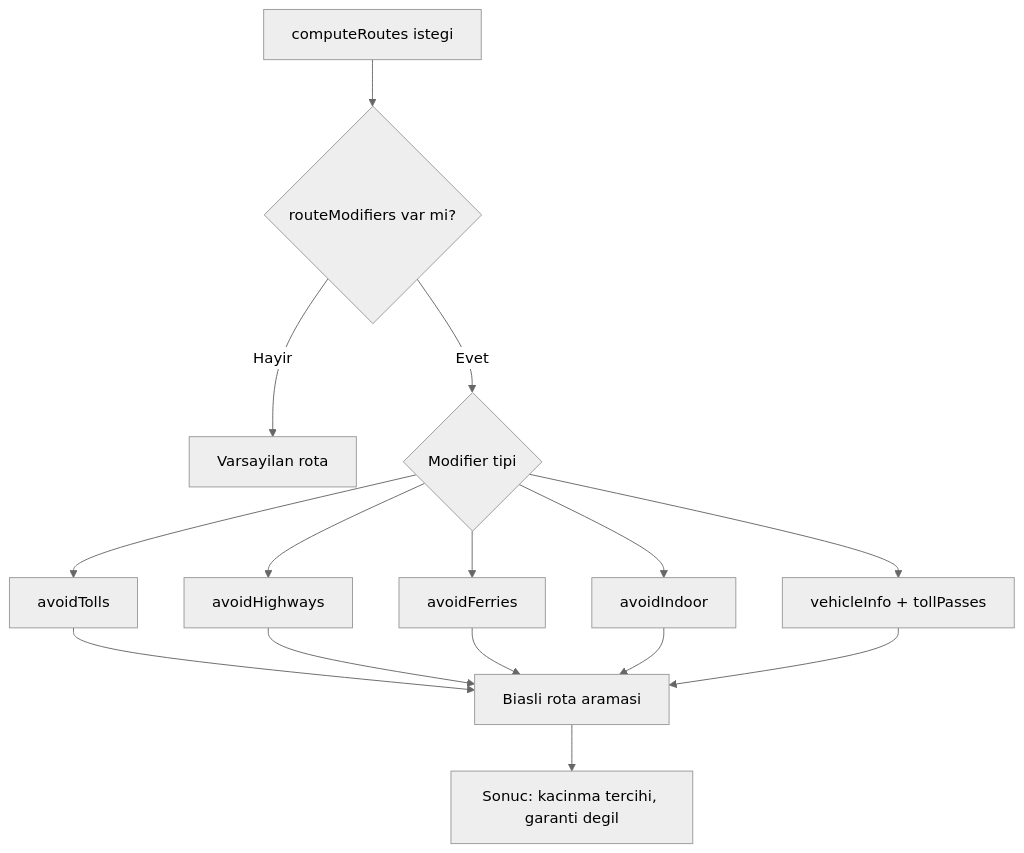
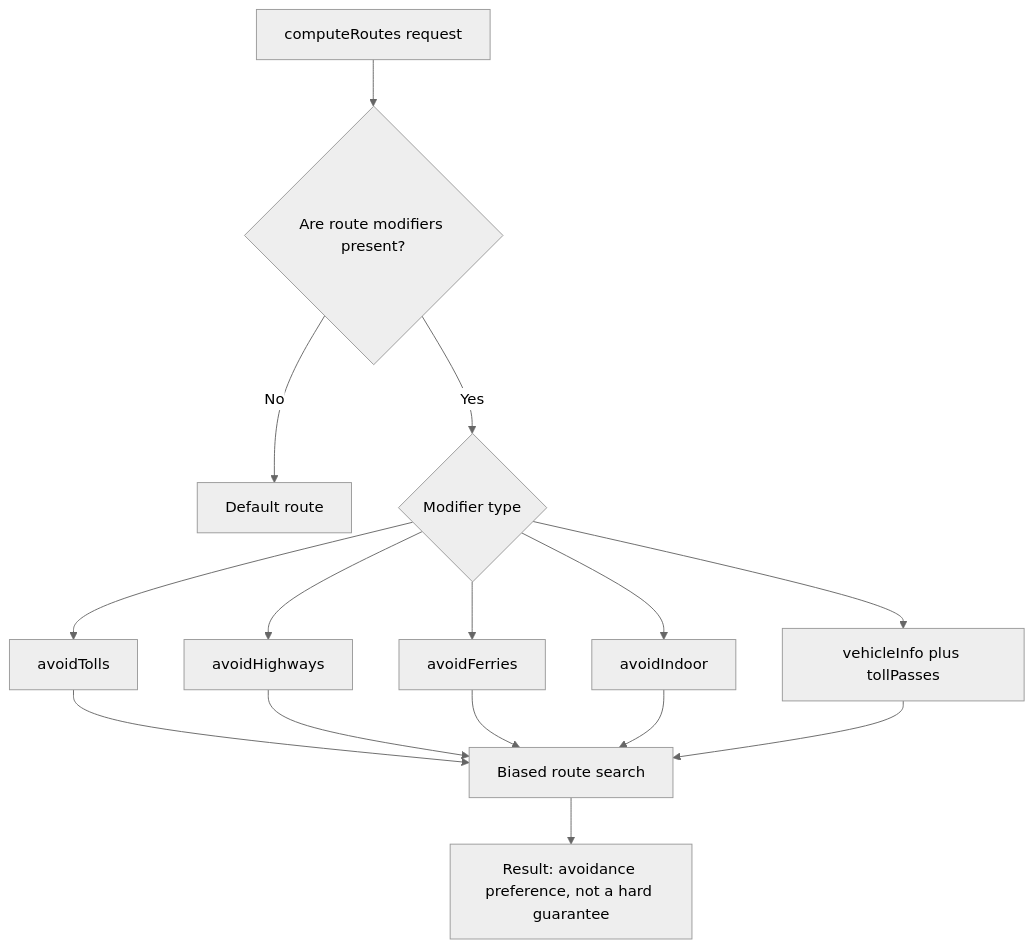
One commit to alireal973/motomap changed the second of 3 diagrams in docs/research/2026-03-02-valhalla-google-sumo-osm-geolife-kaynak-notu.md. Above: the diagram before and after it, drawn with Mermaid (neutral theme). The commit also changed other lines of this file and 38 other files, not shown here.

````diff
--- a/docs/research/2026-03-02-valhalla-google-sumo-osm-geolife-kaynak-notu.md
+++ b/docs/research/2026-03-02-valhalla-google-sumo-osm-geolife-kaynak-notu.md
@@ -36,17 +39,17 @@
 ```mermaid
 flowchart TD
-  R[computeRoutes istegi] --> M{routeModifiers var mi?}
-  M -- Hayir --> N[Varsayilan rota]
-  M -- Evet --> X{Modifier tipi}
+  R[computeRoutes request] --> M{Are route modifiers present?}
+  M -- No --> N[Default route]
+  M -- Yes --> X{Modifier type}
   X --> X1[avoidTolls]
   X --> X2[avoidHighways]
   X --> X3[avoidFerries]
   X --> X4[avoidIndoor]
-  X --> X5[vehicleInfo + tollPasses]
-  X1 --> Y[Biasli rota aramasi]
+  X --> X5[vehicleInfo plus tollPasses]
+  X1 --> Y[Biased route search]
   X2 --> Y
   X3 --> Y
   X4 --> Y
   X5 --> Y
-  Y --> Z[Sonuc: kacinma tercihi, garanti degil]
+  Y --> Z[Result: avoidance preference, not a hard guarantee]
 ```
````
